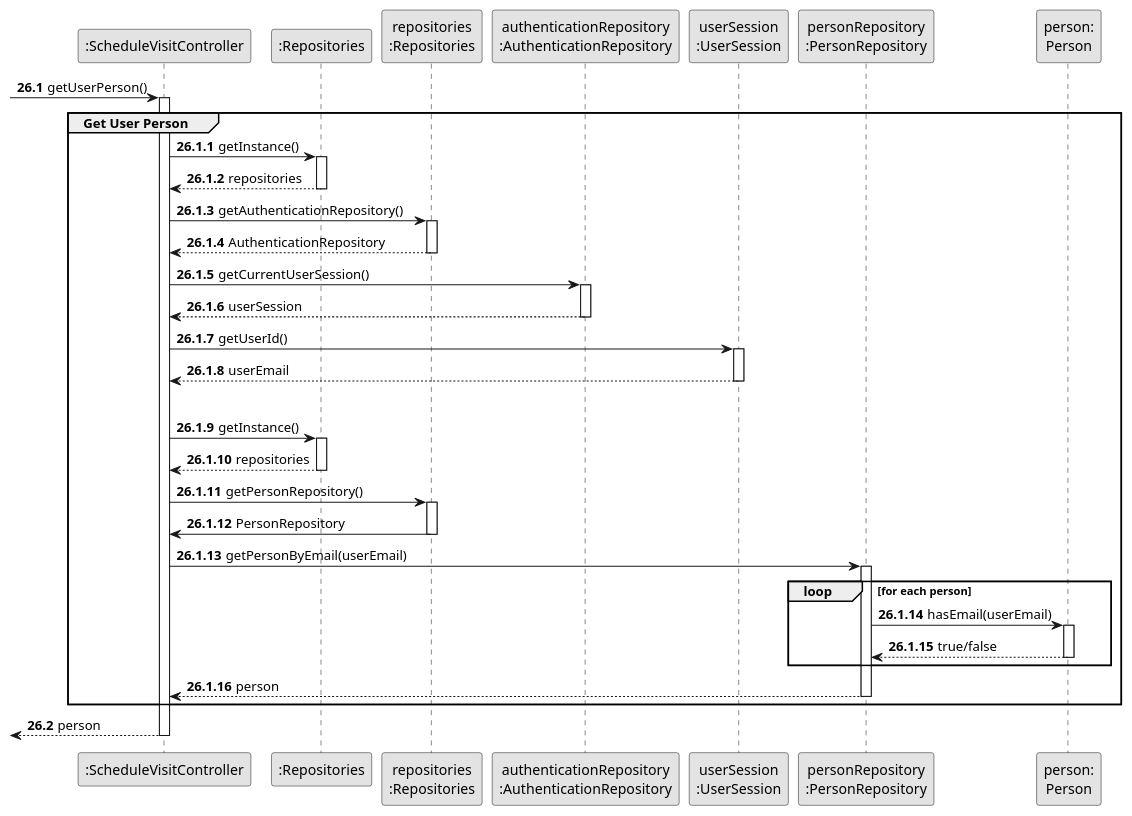
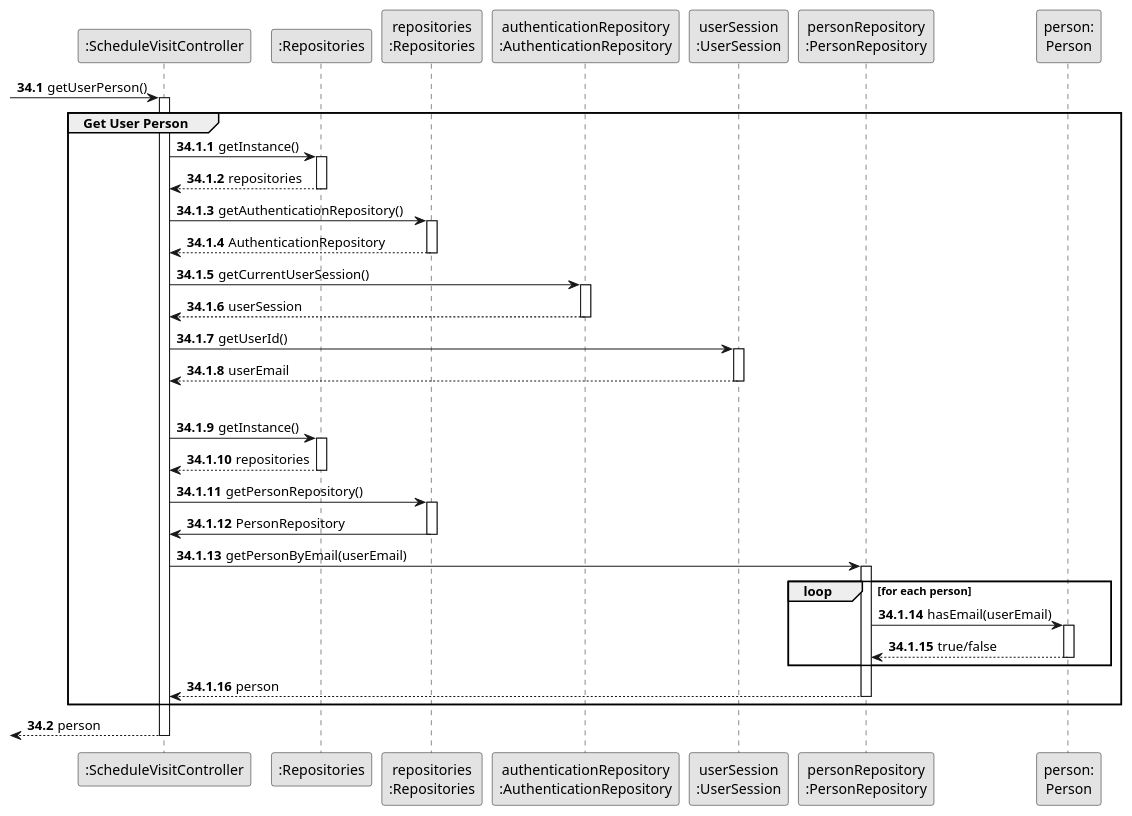
One commit to rita-barbosa/LAPR2-2223 changed the diagram in docs/sprintC/us009/03.design/puml/us009-sequence-diagram-partial-get-user-person.puml. Above: the diagram before and after it, drawn with PlantUML. The commit also changed 5 other files, not shown here.

```diff
--- a/docs/sprintC/us009/03.design/puml/us009-sequence-diagram-partial-get-user-person.puml
+++ b/docs/sprintC/us009/03.design/puml/us009-sequence-diagram-partial-get-user-person.puml
@@ -1,83 +1,83 @@
 @startuml
 skinparam monochrome true
 skinparam packageStyle rectangle
 skinparam shadowing false\
 
 
 participant ":ScheduleVisitController" as CTRL
 participant ":Repositories" as RepositorySingleton
 participant "repositories\n:Repositories" as PLAT
 participant "authenticationRepository\n:AuthenticationRepository" as AuthenticationRepository
 participant "userSession\n:UserSession" as SESSION
 participant "personRepository\n:PersonRepository" as PersonRepository
 participant "person:\nPerson" as PERSON
 
-autonumber 26.1
+autonumber 34.1
 
      -> CTRL : getUserPerson()
      activate CTRL
 
-autonumber 26.1.1
+autonumber 34.1.1
 
     group Get User Person
 
         CTRL -> RepositorySingleton : getInstance()
         activate RepositorySingleton
 
             RepositorySingleton --> CTRL : repositories
         deactivate RepositorySingleton
 
         CTRL -> PLAT : getAuthenticationRepository()
         activate PLAT
 
             PLAT --> CTRL : AuthenticationRepository
         deactivate PLAT
 
         CTRL -> AuthenticationRepository : getCurrentUserSession()
         activate AuthenticationRepository
 
            AuthenticationRepository --> CTRL : userSession
         deactivate AuthenticationRepository
 
         CTRL -> SESSION : getUserId()
         activate SESSION
 
             SESSION --> CTRL : userEmail
         deactivate SESSION
 |||
         CTRL -> RepositorySingleton : getInstance()
         activate RepositorySingleton
 
             RepositorySingleton --> CTRL : repositories
         deactivate RepositorySingleton
 
         CTRL -> PLAT : getPersonRepository()
         activate PLAT
 
             PLAT -> CTRL : PersonRepository
         deactivate PLAT
 
         CTRL -> PersonRepository : getPersonByEmail(userEmail)
         activate PersonRepository
 
         loop for each person
 
             PersonRepository -> PERSON : hasEmail(userEmail)
             activate PERSON
 
                 PERSON --> PersonRepository : true/false
             deactivate PERSON
 
         end loop
 
             PersonRepository --> CTRL : person
         deactivate PersonRepository
 
      end group
 
-autonumber 26.2
+autonumber 34.2
 
         <-- CTRL : person
     deactivate CTRL
 
 @enduml
```
